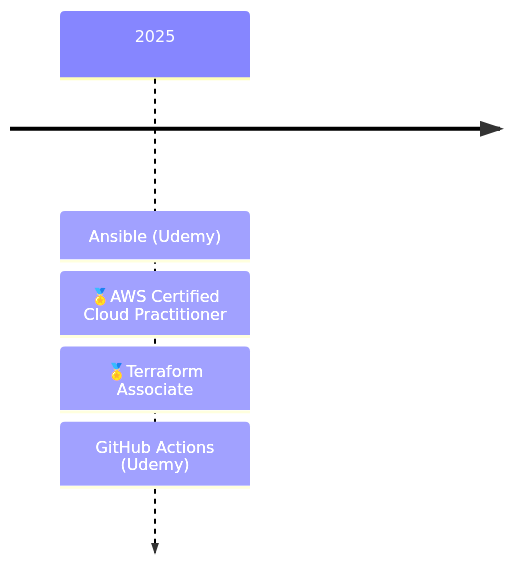
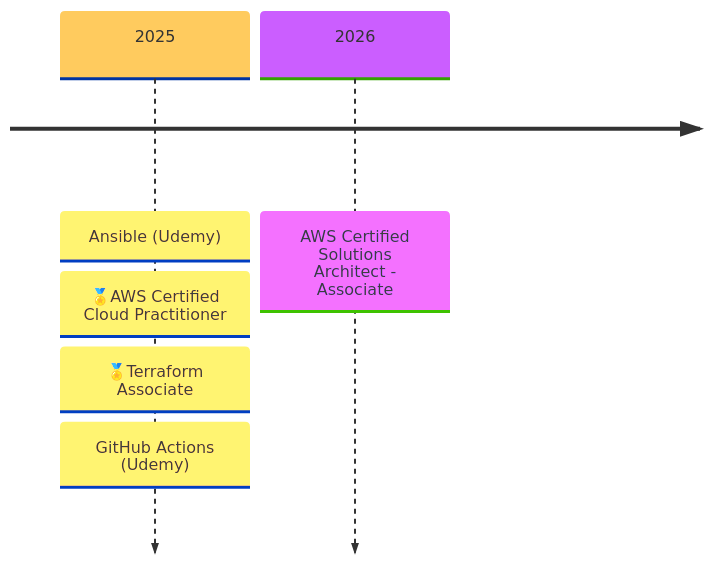
One commit to rtdevx/rtdevx.github.io changed the diagram in content/about.md. Above: the diagram before and after it, drawn with Mermaid.

Commit message:
Obsidian sync: 2025-12-09 22:21:07

```diff
--- a/content/about.md
+++ b/content/about.md
@@ -61,8 +61,12 @@
 {{< mermaid >}}
+---
+config:
+  theme: 'base'
+---
 timeline
-
     2025 : Ansible (Udemy)
          : 🏅AWS Certified Cloud Practitioner
          : 🏅Terraform Associate
          : GitHub Actions (Udemy)
+    2026 : AWS Certified Solutions Architect - Associate
 {{< /mermaid >}}
```
